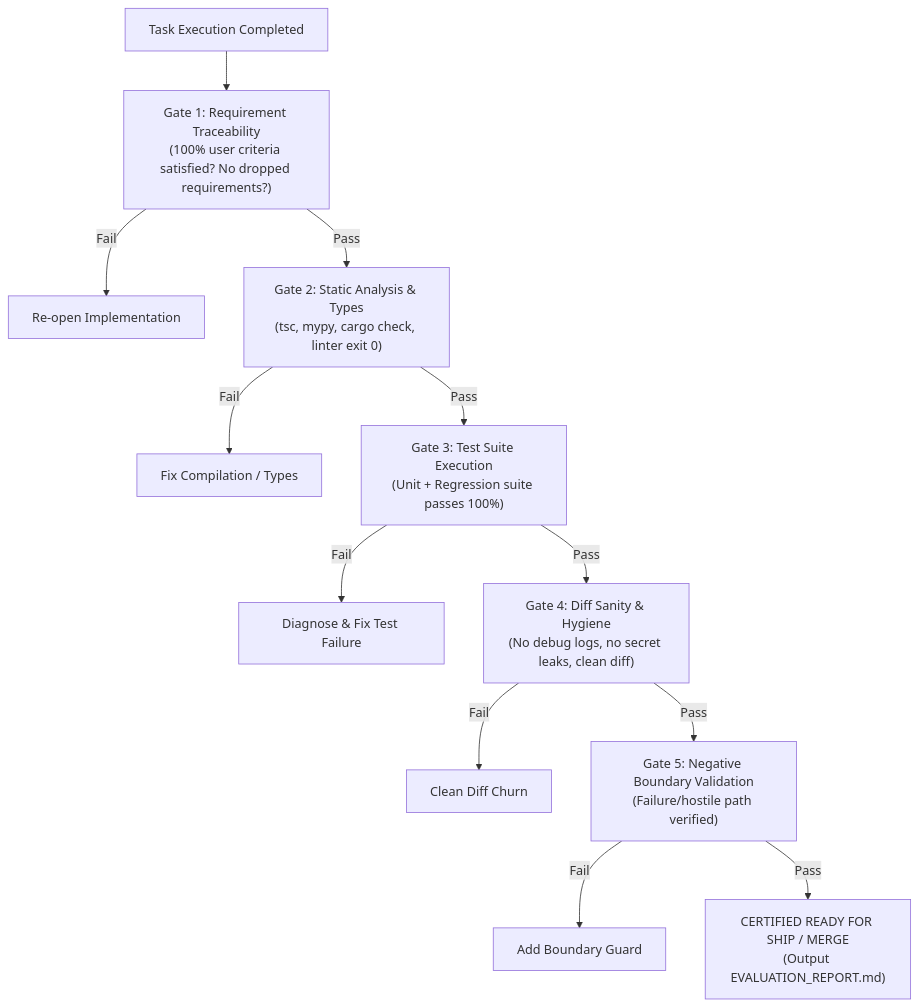
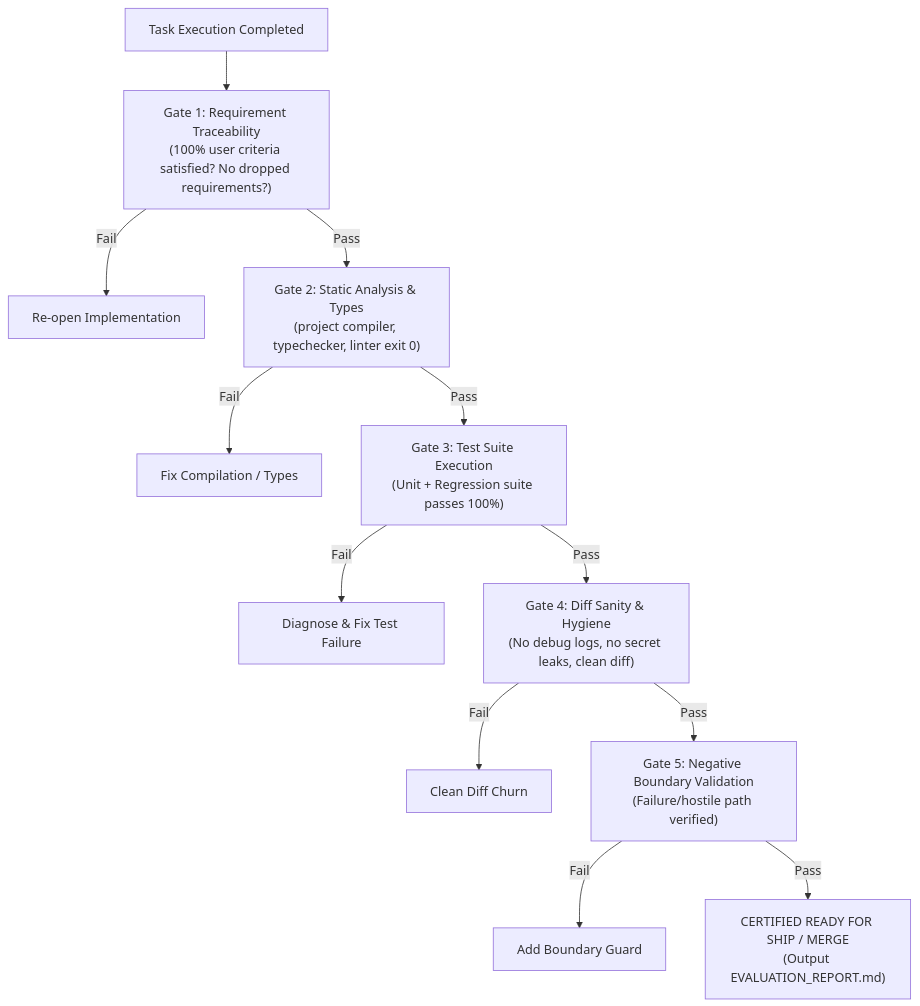
Before and after one commit to gowtham2thrive/agent-grimoire: the diagram in .agents/skills/agent-evaluation/SKILL.md, drawn with Mermaid. The commit also changed other lines of this file and 31 other files, not shown here.

````diff
--- a/.agents/skills/agent-evaluation/SKILL.md
+++ b/.agents/skills/agent-evaluation/SKILL.md
@@ -22,14 +25,14 @@
 ```mermaid
 flowchart TD
     TASK["Task Execution Completed"] --> G1["Gate 1: Requirement Traceability<br/>(100% user criteria satisfied? No dropped requirements?)"]
     G1 -->|Fail| R1["Re-open Implementation"]
-    G1 -->|Pass| G2["Gate 2: Static Analysis & Types<br/>(tsc, mypy, cargo check, linter exit 0)"]
+    G1 -->|Pass| G2["Gate 2: Static Analysis & Types<br/>(project compiler, typechecker, linter exit 0)"]
     G2 -->|Fail| R2["Fix Compilation / Types"]
     G2 -->|Pass| G3["Gate 3: Test Suite Execution<br/>(Unit + Regression suite passes 100%)"]
     G3 -->|Fail| R3["Diagnose & Fix Test Failure"]
     G3 -->|Pass| G4["Gate 4: Diff Sanity & Hygiene<br/>(No debug logs, no secret leaks, clean diff)"]
     G4 -->|Fail| R4["Clean Diff Churn"]
     G4 -->|Pass| G5["Gate 5: Negative Boundary Validation<br/>(Failure/hostile path verified)"]
     G5 -->|Fail| R5["Add Boundary Guard"]
     G5 -->|Pass| CERT["CERTIFIED READY FOR SHIP / MERGE<br/>(Output EVALUATION_REPORT.md)"]
 ```
````
